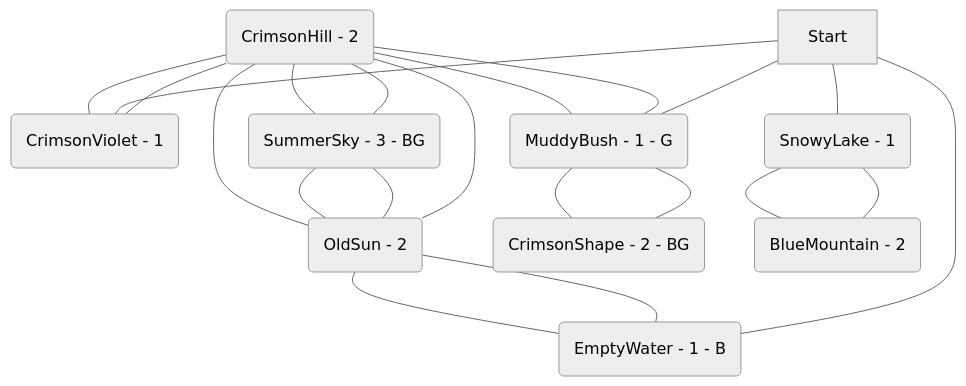
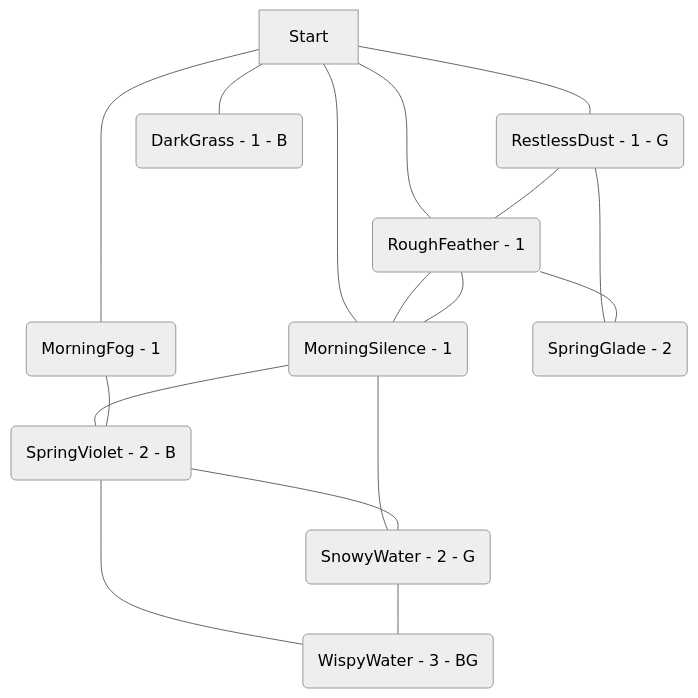
The diagram in examples/001.md (kinostl/Automatic-Liberation-Map), drawn with Mermaid (neutral theme) before and after one commit. The commit also changed other lines of this file and 9 other files, not shown here.

````diff
--- a/examples/001.md
+++ b/examples/001.md
@@ -4,23 +4,19 @@
 ```mermaid  
 flowchart TD  
-	IDszWNrY(CrimsonHill - 2) --- iCqFztcY(CrimsonViolet - 1)  
-	vBycxbnQ(OldSun - 2) --- yetLzUnP(SummerSky - 3 - BG)  
-	yetLzUnP(SummerSky - 3 - BG) --- IDszWNrY(CrimsonHill - 2)  
-	IDszWNrY(CrimsonHill - 2) --- yetLzUnP(SummerSky - 3 - BG)  
-	Start --- DxPVutQA(SnowyLake - 1)  
-	iCqFztcY(CrimsonViolet - 1) --- IDszWNrY(CrimsonHill - 2)  
-	qmVltLGs(MuddyBush - 1 - G) --- JRjIcLtg(CrimsonShape - 2 - BG)  
-	MNnJUXFw(BlueMountain - 2) --- DxPVutQA(SnowyLake - 1)  
-	Start --- qmVltLGs(MuddyBush - 1 - G)  
-	qmVltLGs(MuddyBush - 1 - G) --- IDszWNrY(CrimsonHill - 2)  
-	tWUeiCaN(EmptyWater - 1 - B) --- vBycxbnQ(OldSun - 2)  
-	IDszWNrY(CrimsonHill - 2) --- vBycxbnQ(OldSun - 2)  
-	JRjIcLtg(CrimsonShape - 2 - BG) --- qmVltLGs(MuddyBush - 1 - G)  
-	Start --- iCqFztcY(CrimsonViolet - 1)  
-	IDszWNrY(CrimsonHill - 2) --- qmVltLGs(MuddyBush - 1 - G)  
-	Start --- tWUeiCaN(EmptyWater - 1 - B)  
-	vBycxbnQ(OldSun - 2) --- tWUeiCaN(EmptyWater - 1 - B)  
-	yetLzUnP(SummerSky - 3 - BG) --- vBycxbnQ(OldSun - 2)  
-	DxPVutQA(SnowyLake - 1) --- MNnJUXFw(BlueMountain - 2)  
-	vBycxbnQ(OldSun - 2) --- IDszWNrY(CrimsonHill - 2)  
+	Start --- OiHwXJIp(RoughFeather - 1)  
+	FUgLBIVS(SpringViolet - 2 - B) --- eNZQBfnk(WispyWater - 3 - BG)  
+	Start --- ltQXUeyb(MorningFog - 1)  
+	zBLUwlaY(SnowyWater - 2 - G) --- eNZQBfnk(WispyWater - 3 - BG)  
+	Start --- NJMZPCiB(RestlessDust - 1 - G)  
+	Start --- QHwpzjVR(MorningSilence - 1)  
+	Start --- fZsHpygR(DarkGrass - 1 - B)  
+	NJMZPCiB(RestlessDust - 1 - G) --- OiHwXJIp(RoughFeather - 1)  
+	QHwpzjVR(MorningSilence - 1) --- OiHwXJIp(RoughFeather - 1)  
+	QHwpzjVR(MorningSilence - 1) --- FUgLBIVS(SpringViolet - 2 - B)  
+	NJMZPCiB(RestlessDust - 1 - G) --- IYLHlnut(SpringGlade - 2)  
+	QHwpzjVR(MorningSilence - 1) --- zBLUwlaY(SnowyWater - 2 - G)  
+	OiHwXJIp(RoughFeather - 1) --- IYLHlnut(SpringGlade - 2)  
+	OiHwXJIp(RoughFeather - 1) --- QHwpzjVR(MorningSilence - 1)  
+	ltQXUeyb(MorningFog - 1) --- FUgLBIVS(SpringViolet - 2 - B)  
+	FUgLBIVS(SpringViolet - 2 - B) --- zBLUwlaY(SnowyWater - 2 - G)  
 ```  
````
